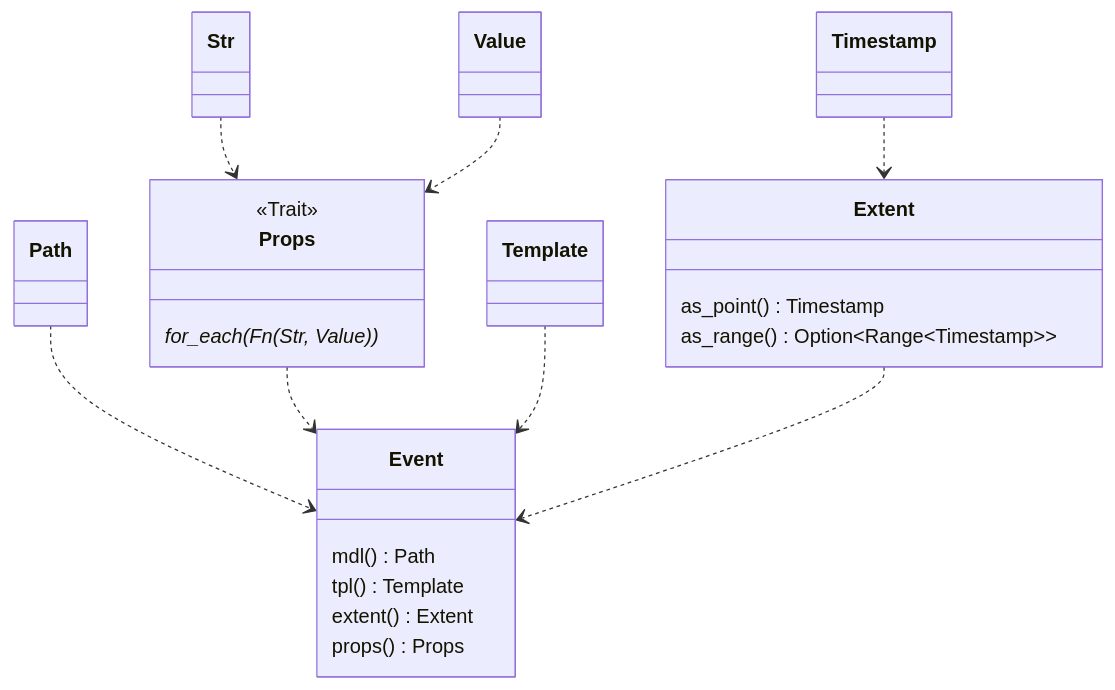
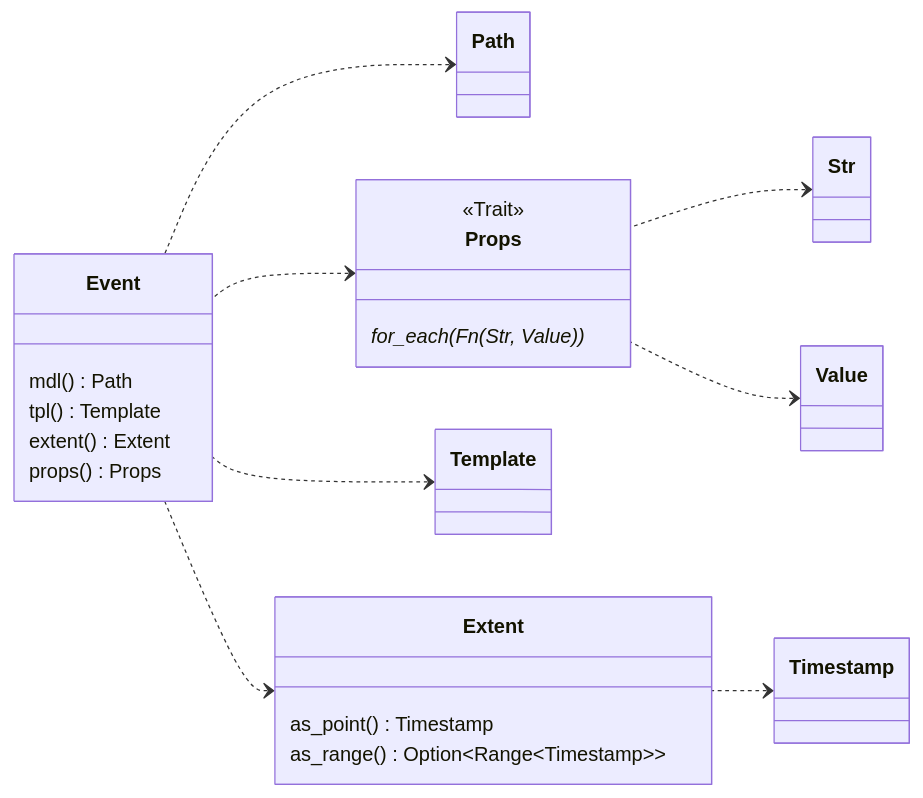
One commit to emit-rs/emit changed the first of 2 diagrams in book/src/reference/events.md. Above: the diagram before and after it, drawn with Mermaid. The commit also changed other lines of this file and 1 other file, not shown here.

Commit message:
fill in some diagrams

````diff
--- a/book/src/reference/events.md
+++ b/book/src/reference/events.md
@@ -3,40 +5,41 @@
 ```mermaid
 classDiagram
-    Timestamp ..> Extent
+    direction RL
+    Timestamp <.. Extent
 
-    Str ..> Props
-    Value ..> Props
+    Str <.. Props
+    Value <.. Props
 
     class Props {
         for_each(Fn(Str, Value))*
     }
 
     <<Trait>> Props
 
-    Path ..> Event
-    Props ..> Event
-    Template ..> Event
+    Path <.. Event
+    Props <.. Event
+    Template <.. Event
 
     class Extent {
         as_point() Timestamp
         as_range() Option~Range~Timestamp~~
     }
 
-    Extent ..> Event
+    Extent <.. Event
 
     class Event {
         mdl() Path
         tpl() Template
         extent() Extent
         props() Props
     }
 
     click Event href "https://docs.rs/emit/0.11.0-alpha.17/emit/struct.Event.html"
     click Timestamp href "https://docs.rs/emit/0.11.0-alpha.17/emit/struct.Timestamp.html"
     click Extent href "https://docs.rs/emit/0.11.0-alpha.17/emit/struct.Extent.html"
     click Str href "https://docs.rs/emit/0.11.0-alpha.17/emit/struct.Str.html"
     click Value href "https://docs.rs/emit/0.11.0-alpha.17/emit/struct.Value.html"
     click Props href "https://docs.rs/emit/0.11.0-alpha.17/emit/trait.Props.html"
     click Template href "https://docs.rs/emit/0.11.0-alpha.17/emit/struct.Template.html"
     click Path href "https://docs.rs/emit/0.11.0-alpha.17/emit/struct.Path.html"
 ```
````
